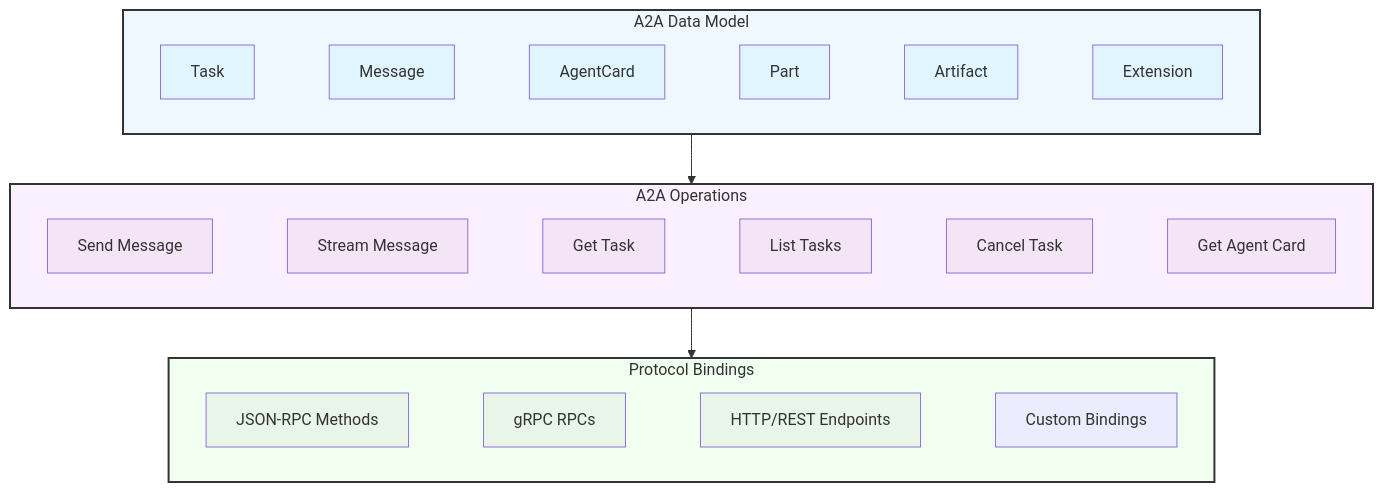
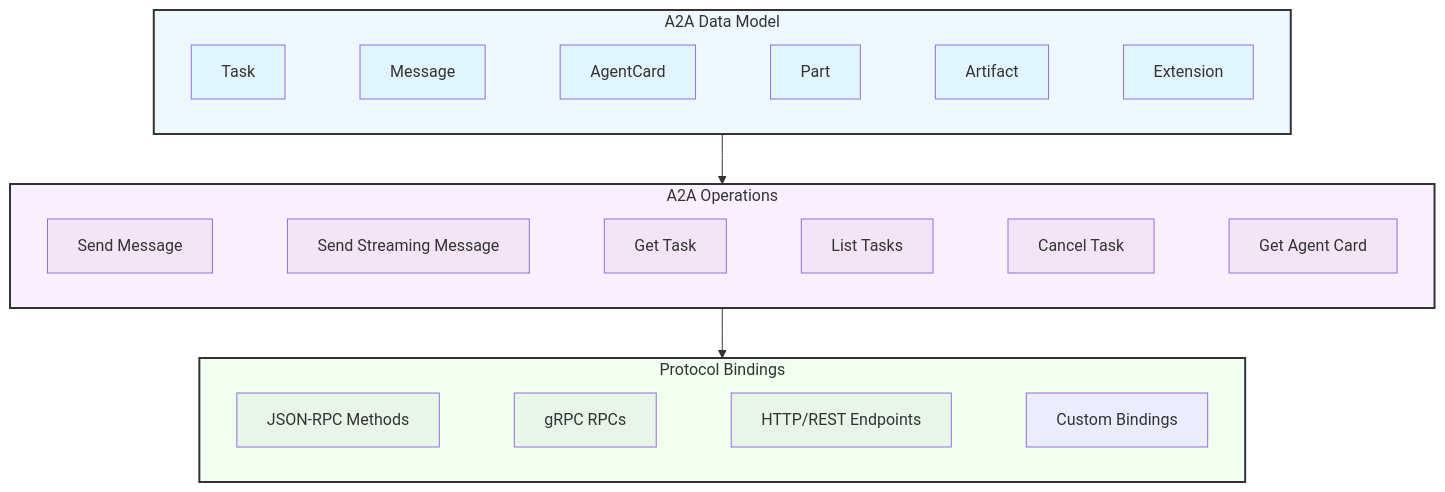
One commit to tomtom215/a2a-rust changed the diagram in docs/implementation/v1.0.0-specification-complete.md. Above: the diagram before and after it, drawn with Mermaid. The commit also changed other lines of this file and 11 other files, not shown here.

````diff
--- a/docs/implementation/v1.0.0-specification-complete.md
+++ b/docs/implementation/v1.0.0-specification-complete.md
@@ -47,44 +65,44 @@
 ```mermaid
 graph TB
     subgraph L1 ["A2A Data Model"]
         direction LR
         A[Task] ~~~ B[Message] ~~~ C[AgentCard] ~~~ D[Part] ~~~ E[Artifact] ~~~ F[Extension]
     end
 
     subgraph L2 ["A2A Operations"]
         direction LR
-        G[Send Message] ~~~ H[Stream Message] ~~~ I[Get Task] ~~~ J[List Tasks] ~~~ K[Cancel Task] ~~~ L[Get Agent Card]
+        G[Send Message] ~~~ H[Send Streaming Message] ~~~ I[Get Task] ~~~ J[List Tasks] ~~~ K[Cancel Task] ~~~ L[Get Agent Card]
     end
 
     subgraph L3 ["Protocol Bindings"]
         direction LR
         M[JSON-RPC Methods] ~~~ N[gRPC RPCs] ~~~ O[HTTP/REST Endpoints] ~~~ P[Custom Bindings]
     end
 
     %% Dependencies between layers
     L1 --> L2
     L2 --> L3
 
 
     style A fill:#e1f5fe
     style B fill:#e1f5fe
     style C fill:#e1f5fe
     style D fill:#e1f5fe
     style E fill:#e1f5fe
     style F fill:#e1f5fe
 
     style G fill:#f3e5f5
     style H fill:#f3e5f5
     style I fill:#f3e5f5
     style J fill:#f3e5f5
     style K fill:#f3e5f5
     style L fill:#f3e5f5
 
     style M fill:#e8f5e8
     style N fill:#e8f5e8
     style O fill:#e8f5e8
 
     style L1 fill:#f0f8ff,stroke:#333,stroke-width:2px
     style L2 fill:#faf0ff,stroke:#333,stroke-width:2px
     style L3 fill:#f0fff0,stroke:#333,stroke-width:2px
 ```
````
